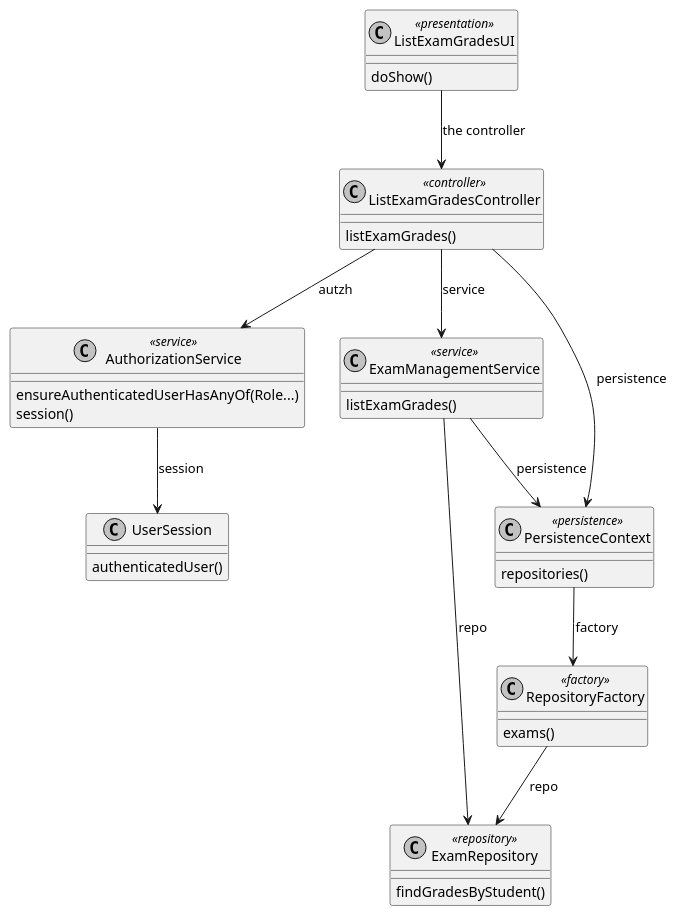
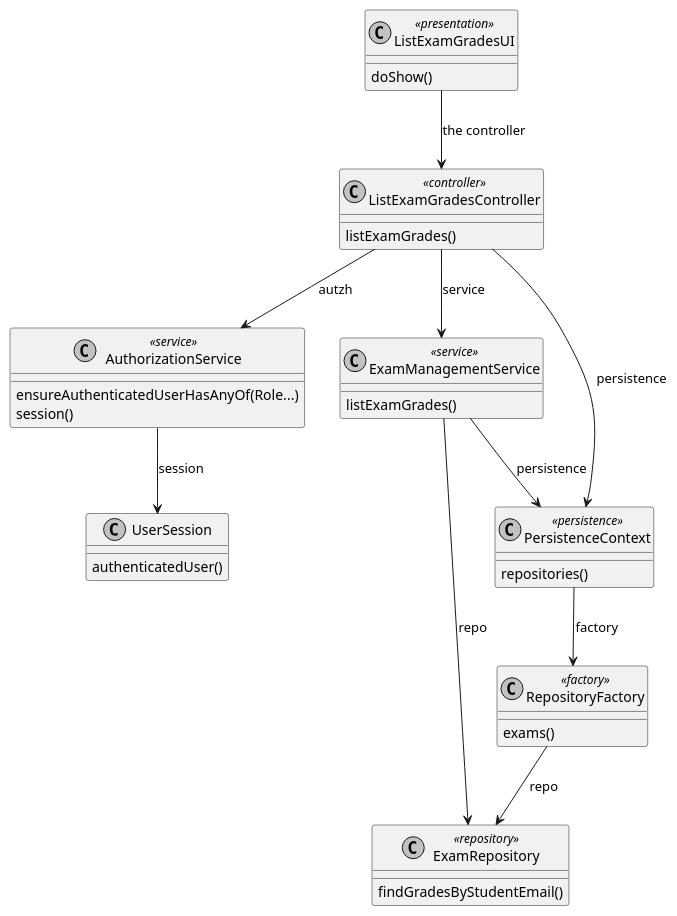
The diagram in docs/SPRINT C/US_2005/CD/ListExamGrades-CD.puml (brunacosta03/sem4pi_22_23), drawn with PlantUML before and after one commit. The commit also changed 6 other files, not shown here.

```diff
--- a/docs/SPRINT C/US_2005/CD/ListExamGrades-CD.puml
+++ b/docs/SPRINT C/US_2005/CD/ListExamGrades-CD.puml
@@ -1,51 +1,51 @@
 @startuml
 
 skinparam monochrome true
 skinparam packageStyle rect
 skinparam defaultFontName FG Virgil
 skinparam shadowing false
 
 class ListExamGradesUI <<presentation>> {
     doShow()
 }
 
 class ListExamGradesController <<controller>> {
     listExamGrades()
 }
 
 class AuthorizationService <<service>> {
     ensureAuthenticatedUserHasAnyOf(Role...)
     session()
 }
 
 class UserSession {
     authenticatedUser()
 }
 
 class ExamManagementService <<service>> {
     listExamGrades()
 }
 
 class PersistenceContext <<persistence>> {
     repositories()
 }
 
 class RepositoryFactory <<factory>> {
     exams()
 }
 
 class ExamRepository <<repository>> {
-    findGradesByStudent()
+    findGradesByStudentEmail()
 }
 
 ListExamGradesUI --> ListExamGradesController : the controller
 ListExamGradesController --> AuthorizationService : autzh
 ListExamGradesController --> ExamManagementService : service
 ListExamGradesController --> PersistenceContext : persistence
 AuthorizationService --> UserSession : session
 ExamManagementService --> PersistenceContext : persistence
 ExamManagementService --> ExamRepository : repo
 PersistenceContext --> RepositoryFactory : factory
 RepositoryFactory --> ExamRepository : repo
 
 @enduml
```
